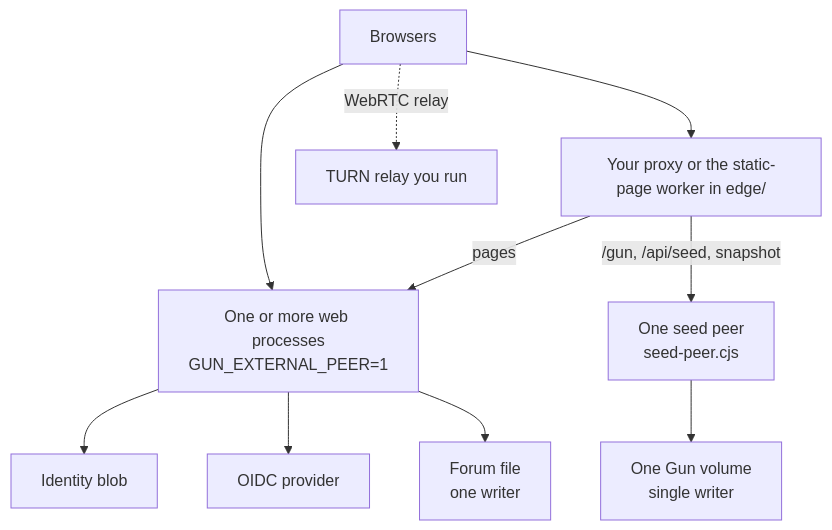
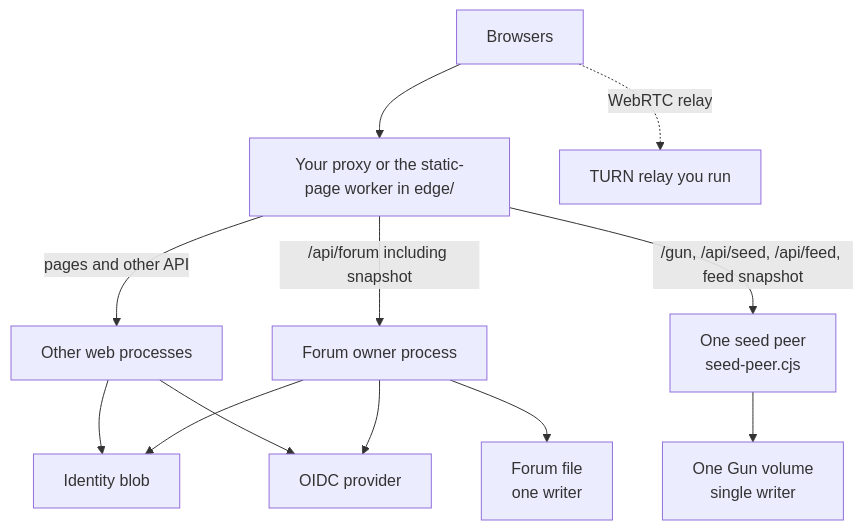
Before and after one commit to FyberLabs/s3r.ch: the third of 3 diagrams in docs/deployment.md, drawn with Mermaid. The commit also changed other lines of this file and 7 other files, not shown here.

````diff
--- a/docs/deployment.md
+++ b/docs/deployment.md
@@ -132,21 +155,24 @@
 ```mermaid
 flowchart TB
   browser[Browsers]
   edge["Your proxy or the static-page worker in edge/"]
-  web["One or more web processes<br/>GUN_EXTERNAL_PEER=1"]
+  web[Other web processes]
+  forumweb[Forum owner process]
   peer["One seed peer<br/>seed-peer.cjs"]
   disk["One Gun volume<br/>single writer"]
   forum["Forum file<br/>one writer"]
-  blob["Identity blob"]
+  blob[Identity blob]
   idp[OIDC provider]
   turn[TURN relay you run]
   browser --> edge
-  edge -->|"pages"| web
-  edge -->|"/gun, /api/seed, snapshot"| peer
-  browser --> web
+  edge -->|pages and other API| web
+  edge -->|"/api/forum including snapshot"| forumweb
+  edge -->|"/gun, /api/seed, /api/feed, feed snapshot"| peer
   web --> blob
+  forumweb --> blob
   web --> idp
-  web --> forum
+  forumweb --> idp
+  forumweb --> forum
   peer --> disk
-  browser -.->|"WebRTC relay"| turn
+  browser -.->|WebRTC relay| turn
 ```
````
